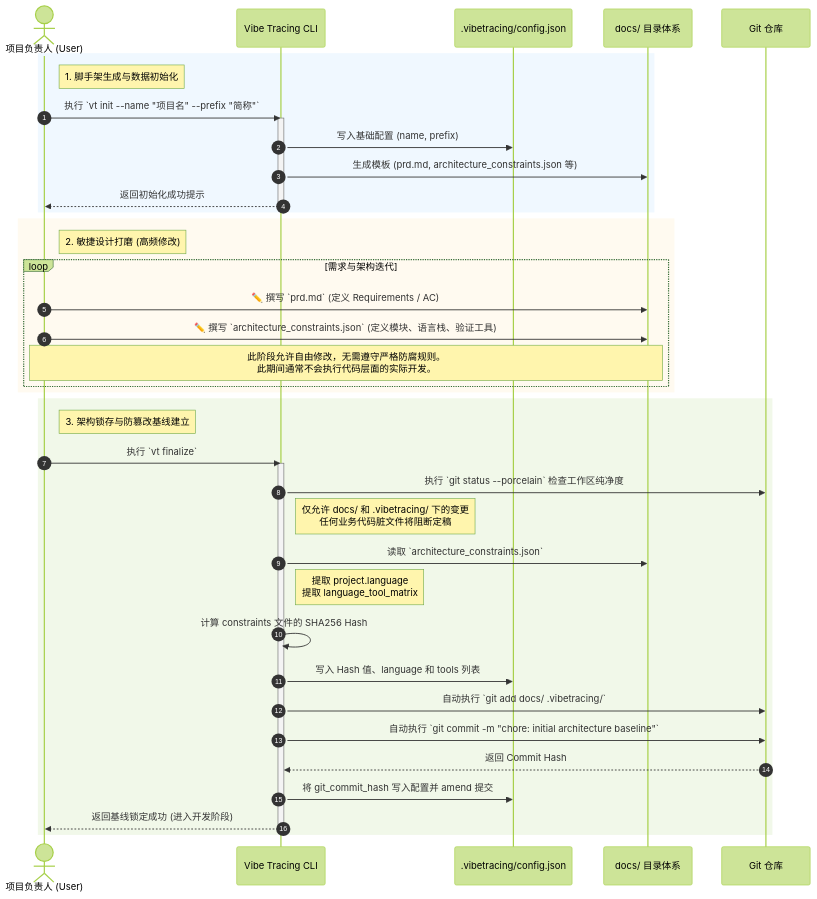
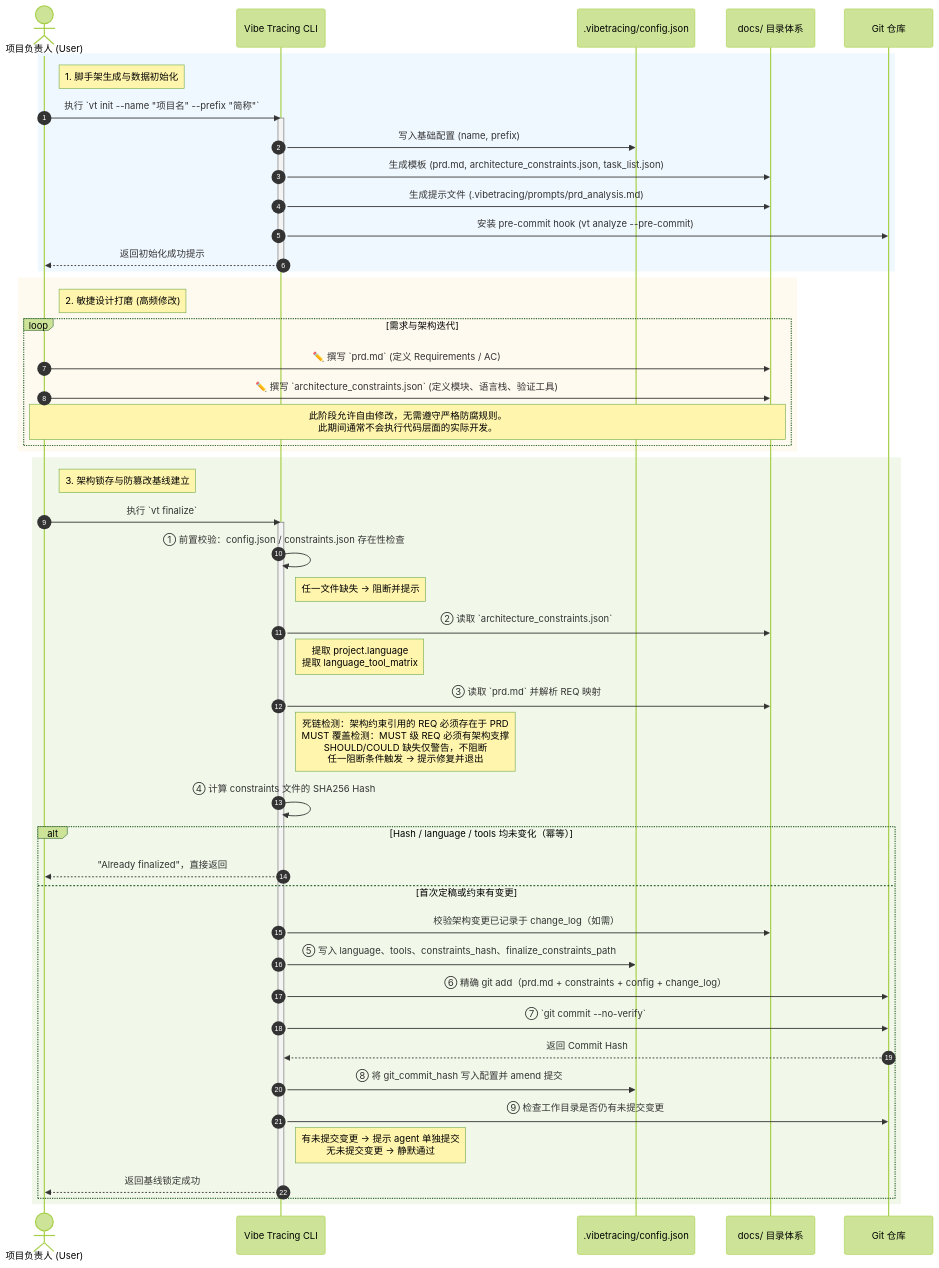
One commit to 0oLiHano0/Vibe_Tracing changed the first of 2 diagrams in output/vt_user_design_phase.md. Above: the diagram before and after it, drawn with Mermaid (forest theme). The commit also changed other lines of this file and 2 other files, not shown here.

First line of the commit message:
docs: 设计阶段审计报告 + 泳道图同步更新

````diff
--- a/output/vt_user_design_phase.md
+++ b/output/vt_user_design_phase.md
@@ -5,56 +5,70 @@
 ```mermaid
 sequenceDiagram
     autonumber
     actor User as 项目负责人 (User)
     participant CLI as Vibe Tracing CLI
     participant Config as .vibetracing/config.json
     participant Docs as docs/ 目录体系
     participant Git as Git 仓库
     
     %% 阶段 1：项目初始化
     rect rgb(240, 248, 255)
         note right of User: 1. 脚手架生成与数据初始化
         User->>CLI: 执行 `vt init --name "项目名" --prefix "简称"`
         activate CLI
         CLI->>Config: 写入基础配置 (name, prefix)
-        CLI->>Docs: 生成模板 (prd.md, architecture_constraints.json 等)
+        CLI->>Docs: 生成模板 (prd.md, architecture_constraints.json, task_list.json)
+        CLI->>Docs: 生成提示文件 (.vibetracing/prompts/prd_analysis.md)
+        CLI->>Git: 安装 pre-commit hook (vt analyze --pre-commit)
         CLI-->>User: 返回初始化成功提示
         deactivate CLI
     end
 
     %% 阶段 2：敏捷设计打磨
     rect rgb(255, 250, 240)
         note right of User: 2. 敏捷设计打磨 (高频修改)
         loop 需求与架构迭代
             User->>Docs: ✏️ 撰写 `prd.md` (定义 Requirements / AC)
             User->>Docs: ✏️ 撰写 `architecture_constraints.json` (定义模块、语言栈、验证工具)
             Note over User,Docs: 此阶段允许自由修改，无需遵守严格防腐规则。<br>此期间通常不会执行代码层面的实际开发。
         end
     end
 
     %% 阶段 3：锁存与基线化
     rect rgb(241, 248, 233)
         note right of User: 3. 架构锁存与防篡改基线建立
         User->>CLI: 执行 `vt finalize`
         activate CLI
 
-        CLI->>Git: 执行 `git status --porcelain` 检查工作区纯净度
-        Note right of CLI: 仅允许 docs/ 和 .vibetracing/ 下的变更<br>任何业务代码脏文件将阻断定稿
+        CLI->>CLI: ① 前置校验：config.json / constraints.json 存在性检查
+        Note right of CLI: 任一文件缺失 → 阻断并提示
 
-        CLI->>Docs: 读取 `architecture_constraints.json`
+        CLI->>Docs: ② 读取 `architecture_constraints.json`
         Note right of CLI: 提取 project.language<br>提取 language_tool_matrix
-        
-        CLI->>CLI: 计算 constraints 文件的 SHA256 Hash
-        
-        CLI->>Config: 写入 Hash 值、language 和 tools 列表
-        
-        CLI->>Git: 自动执行 `git add docs/ .vibetracing/`
-        CLI->>Git: 自动执行 `git commit -m "chore: initial architecture baseline"`
-        
-        Git-->>CLI: 返回 Commit Hash
-        CLI->>Config: 将 git_commit_hash 写入配置并 amend 提交
-        
-        CLI-->>User: 返回基线锁定成功 (进入开发阶段)
+
+        CLI->>Docs: ③ 读取 `prd.md` 并解析 REQ 映射
+        Note right of CLI: 死链检测：架构约束引用的 REQ 必须存在于 PRD<br>MUST 覆盖检测：MUST 级 REQ 必须有架构支撑<br>SHOULD/COULD 缺失仅警告，不阻断<br>任一阻断条件触发 → 提示修复并退出
+
+        CLI->>CLI: ④ 计算 constraints 文件的 SHA256 Hash
+
+        alt Hash / language / tools 均未变化（幂等）
+            CLI-->>User: "Already finalized"，直接返回
+        else 首次定稿或约束有变更
+            CLI->>Docs: 校验架构变更已记录于 change_log（如需）
+
+            CLI->>Config: ⑤ 写入 language、tools、constraints_hash、finalize_constraints_path
+
+            CLI->>Git: ⑥ 精确 git add（prd.md + constraints + config + change_log）
+            CLI->>Git: ⑦ `git commit --no-verify`
+
+            Git-->>CLI: 返回 Commit Hash
+            CLI->>Config: ⑧ 将 git_commit_hash 写入配置并 amend 提交
+
+            CLI->>Git: ⑨ 检查工作目录是否仍有未提交变更
+            Note right of CLI: 有未提交变更 → 提示 agent 单独提交<br>无未提交变更 → 静默通过
+
+            CLI-->>User: 返回基线锁定成功
+        end
         deactivate CLI
     end
 ```
````
